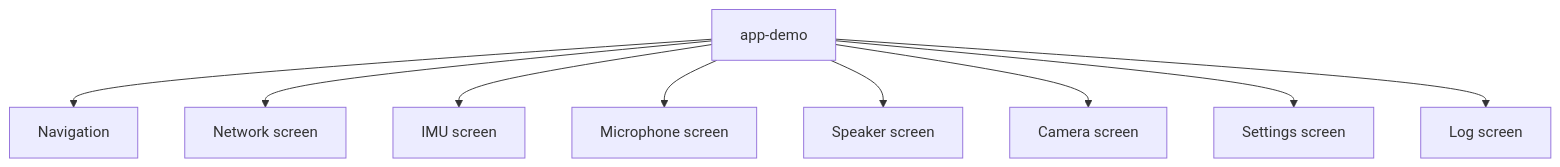
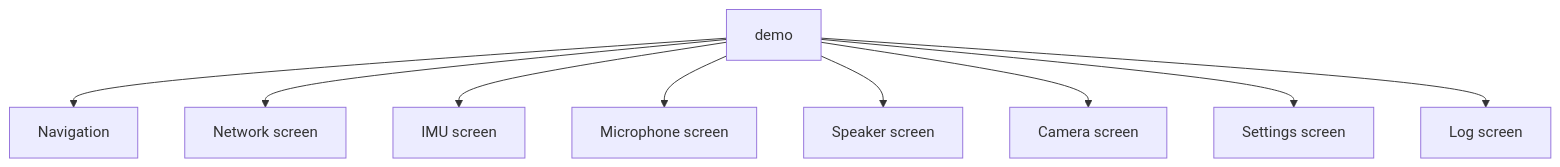
One commit to wackazong/hackandhike-2026 changed the sixth of 12 diagrams in README.md. Above: the diagram before and after it, drawn with Mermaid. The commit also changed other lines of this file and 1 other file, not shown here.

````diff
--- a/README.md
+++ b/README.md
@@ -599,11 +532,11 @@
 ```mermaid
 flowchart TD
-    Demo["app-demo"] --> Nav["Navigation"]
+    Demo["demo"] --> Nav["Navigation"]
     Demo --> Network["Network screen"]
     Demo --> IMU["IMU screen"]
     Demo --> Mic["Microphone screen"]
     Demo --> Speaker["Speaker screen"]
     Demo --> Camera["Camera screen"]
     Demo --> Settings["Settings screen"]
     Demo --> Log["Log screen"]
 ```
````
